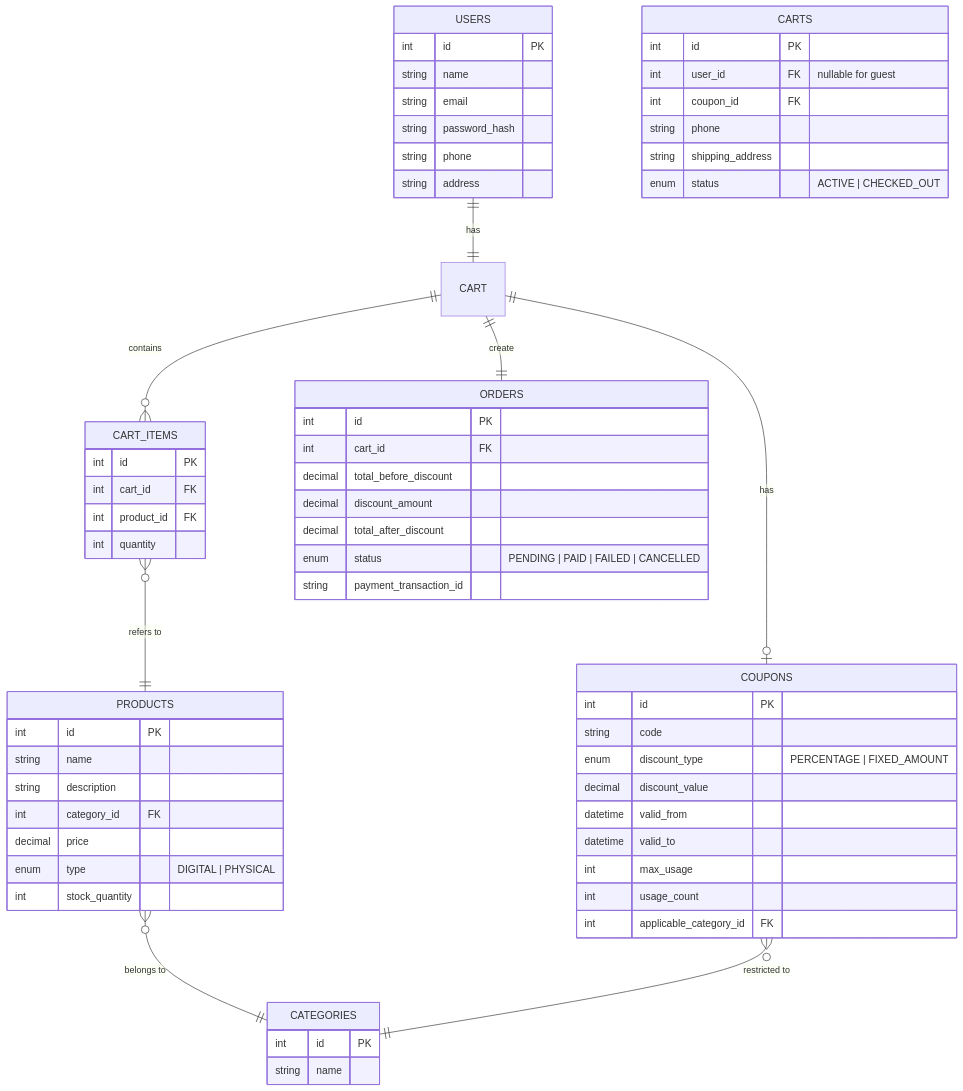
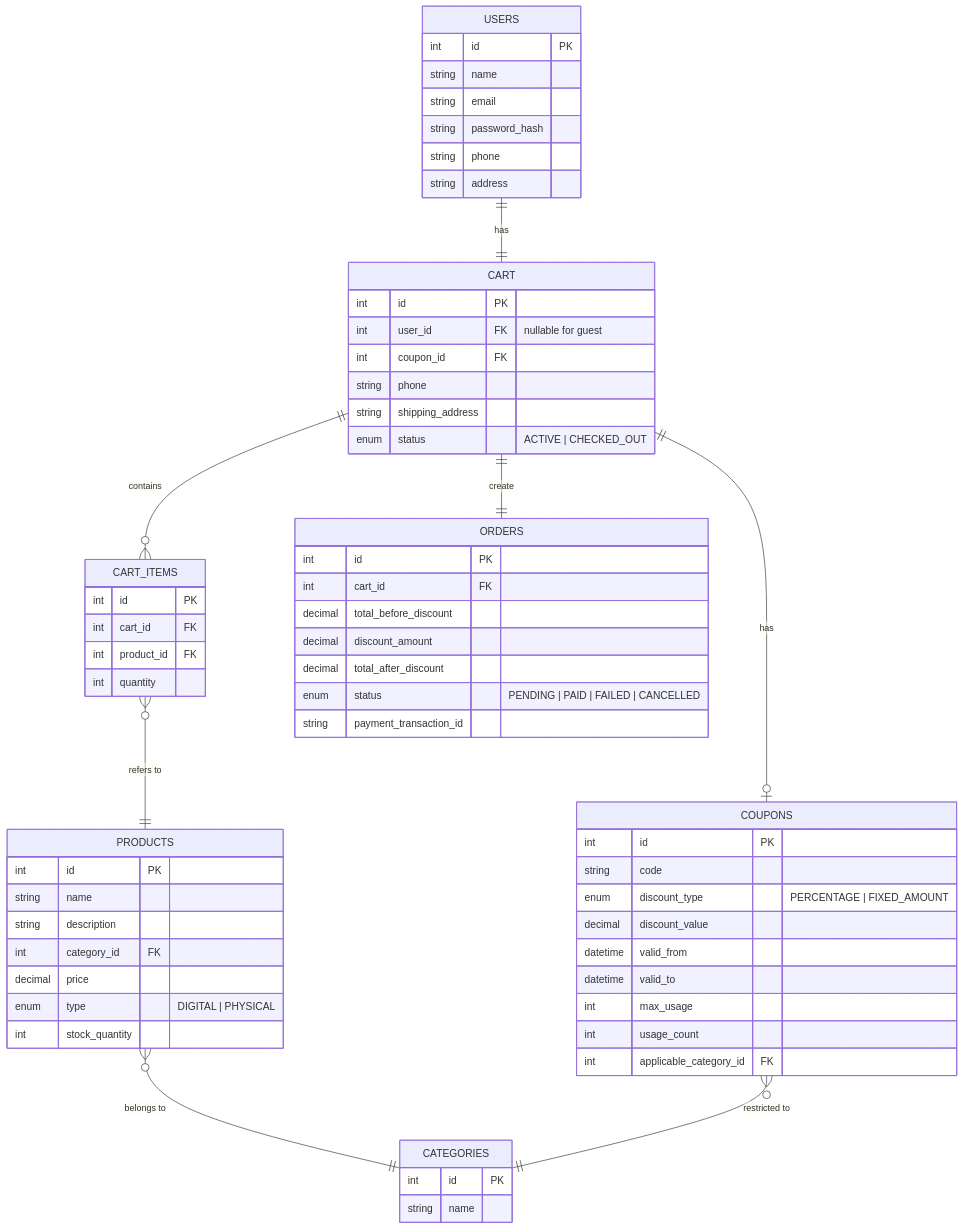
The diagram in README.md (surabent/testreadme), drawn with Mermaid before and after one commit.

````diff
--- a/README.md
+++ b/README.md
@@ -63,73 +63,73 @@
 ```mermaid
 erDiagram
     USERS {
         int id PK
         string name
         string email
         string password_hash
         string phone
         string address
     }
 
     PRODUCTS {
         int id PK
         string name
         string description
         int category_id FK
         decimal price
         enum type "DIGITAL | PHYSICAL"
         int stock_quantity
     }
 
     CATEGORIES {
         int id PK
         string name
     }
 
-    CARTS {
+    CART {
         int id PK
         int user_id FK "nullable for guest"
         int coupon_id FK
         string phone
         string shipping_address
         enum status "ACTIVE | CHECKED_OUT"
     }
 
     CART_ITEMS {
         int id PK
         int cart_id FK
         int product_id FK
         int quantity
     }
 
     ORDERS {
         int id PK
         int cart_id FK
         decimal total_before_discount
         decimal discount_amount
         decimal total_after_discount
         enum status "PENDING | PAID | FAILED | CANCELLED"
         string payment_transaction_id
     }
 
     COUPONS {
         int id PK
         string code
         enum discount_type "PERCENTAGE | FIXED_AMOUNT"
         decimal discount_value
         datetime valid_from
         datetime valid_to
         int max_usage
         int usage_count
         int applicable_category_id FK
     }
 
     %% Relationships
     USERS ||--|| CART : "has"
     CART ||--o{ CART_ITEMS : "contains"
     CART_ITEMS }o--|| PRODUCTS : "refers to"
     PRODUCTS }o--|| CATEGORIES : "belongs to"
     CART ||--o| COUPONS : "has"
     CART ||--|| ORDERS : "create"
     COUPONS }o--|| CATEGORIES : "restricted to"
 ```
````
